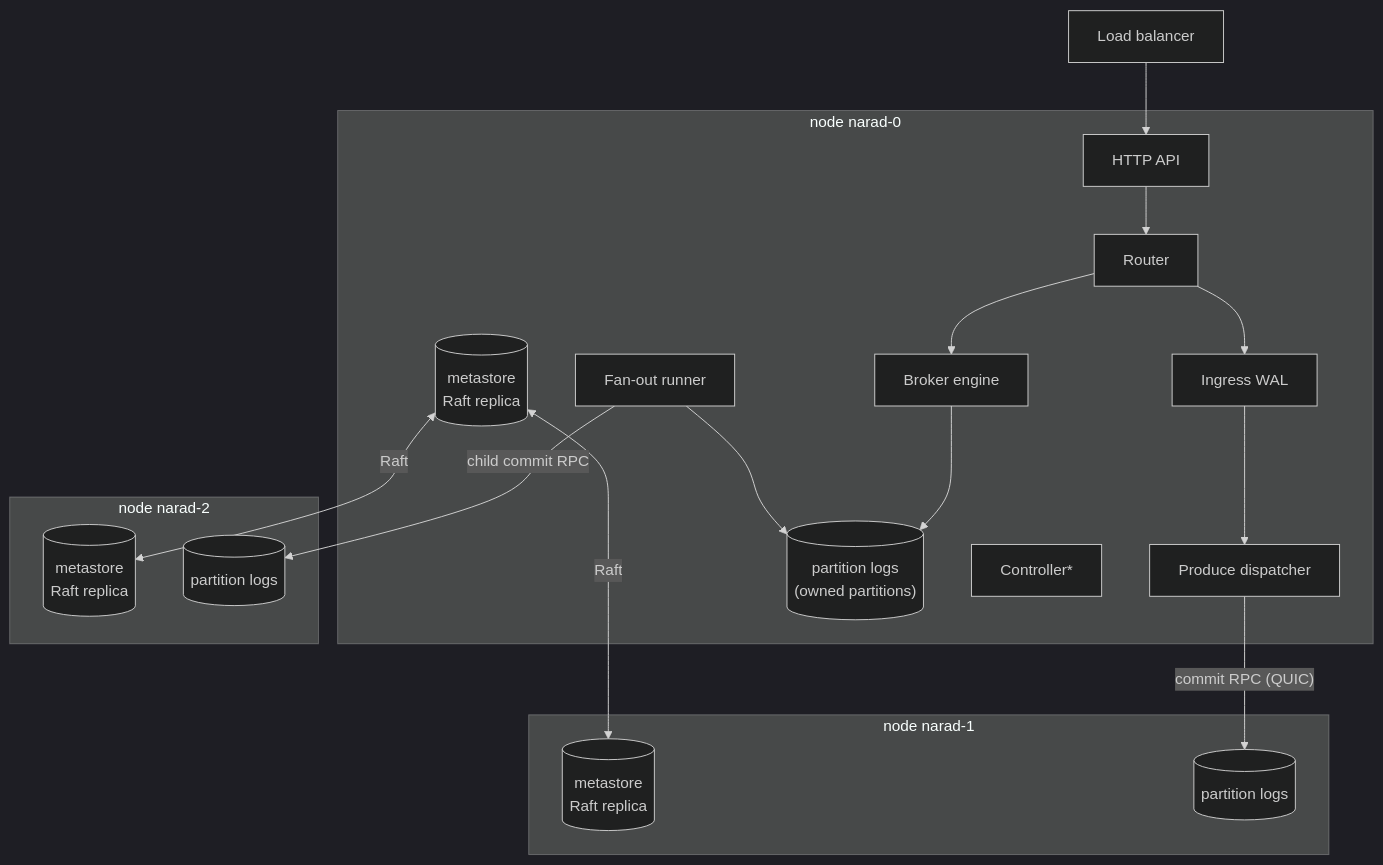
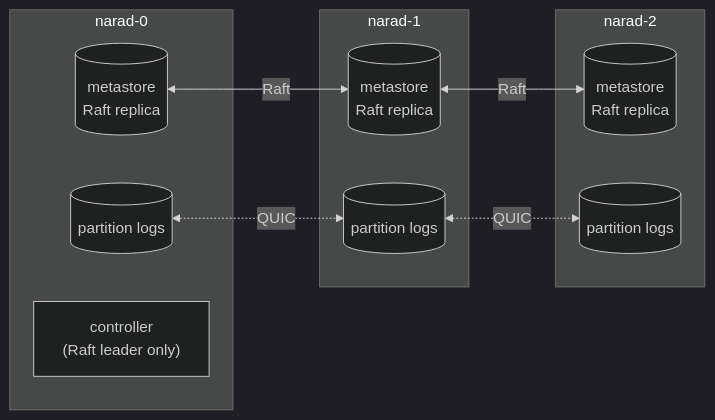
One commit to DebanganThakuria/narad changed the second of 4 diagrams in docs/understand/index.md. Above: the diagram before and after it, drawn with Mermaid (dark theme). The commit also changed other lines of this file and 44 other files, not shown here.

````diff
--- a/docs/understand/index.md
+++ b/docs/understand/index.md
@@ -15,28 +36,22 @@
 ```mermaid
-flowchart TB
-    accTitle: Components of a three-node Narad cluster
-    accDescr: A load balancer sends requests to any node. On node narad-0 the HTTP API hands requests to the router, which writes produces to the ingress WAL and sends consumes to the broker engine and the partition logs. The produce dispatcher commits accepted messages to partition logs on other nodes over QUIC, the fan-out runner commits copies to child partitions, and the metastore on every node is a Raft replica. The controller runs only on the Raft leader.
-    LB[Load balancer] --> H0
-    subgraph node0["node narad-0"]
-        H0[HTTP API] --> R0[Router]
-        R0 --> ING0[Ingress WAL]
-        ING0 --> D0[Produce dispatcher]
-        R0 --> B0[Broker engine]
-        B0 --> S0[("partition logs<br/>(owned partitions)")]
-        F0[Fan-out runner] --> S0
+flowchart LR
+    accTitle: Three nodes of a Narad cluster
+    accDescr: Each of three nodes holds a Raft replica of the metastore and the partition logs it owns. The metastore replicas stay in step over Raft. The nodes commit messages to each other's partition logs over QUIC. The controller runs only on the node that leads Raft, here narad-0.
+    subgraph n0["narad-0"]
         MS0[("metastore<br/>Raft replica")]
-        C0[Controller*]
+        S0[("partition logs")]
+        C0["controller<br/>(Raft leader only)"]
     end
-    subgraph node1["node narad-1"]
+    subgraph n1["narad-1"]
         MS1[("metastore<br/>Raft replica")]
         S1[("partition logs")]
     end
-    subgraph node2["node narad-2"]
+    subgraph n2["narad-2"]
         MS2[("metastore<br/>Raft replica")]
         S2[("partition logs")]
     end
-    D0 -->|"commit RPC (QUIC)"| S1
-    F0 -->|"child commit RPC"| S2
     MS0 <-->|Raft| MS1
-    MS0 <-->|Raft| MS2
+    MS1 <-->|Raft| MS2
+    S0 <-.->|QUIC| S1
+    S1 <-.->|QUIC| S2
 ```
````
